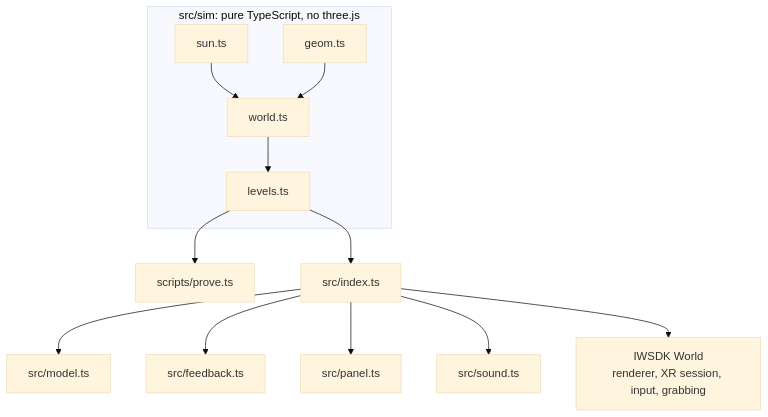
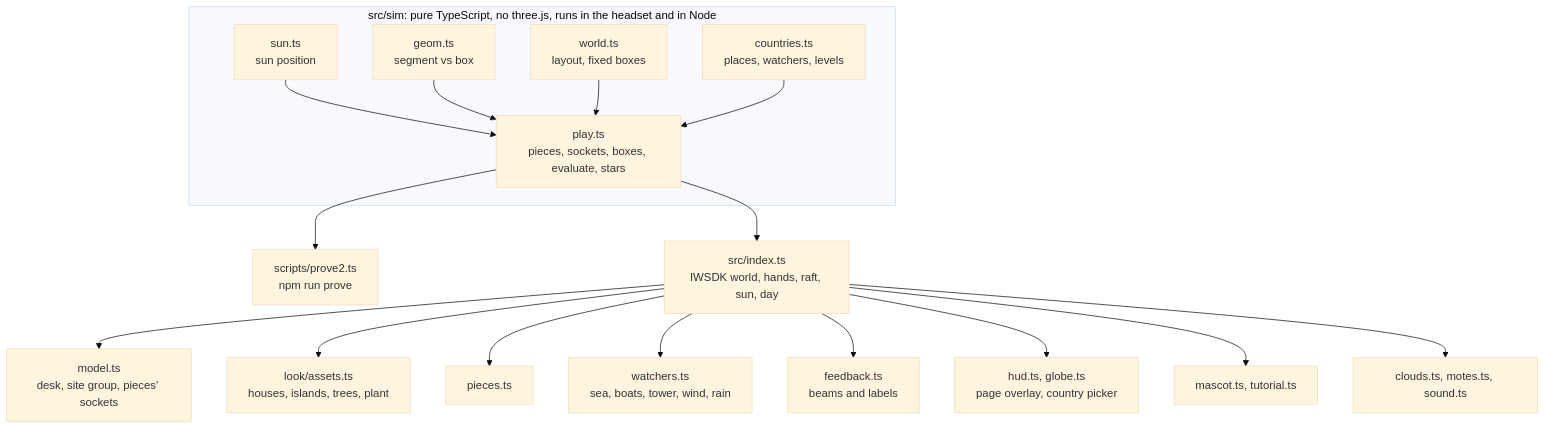
One commit to aljabrialam/valora-vr changed the diagram in docs/ARCHITECTURE.md. Above: the diagram before and after it, drawn with Mermaid (base theme). The commit also changed other lines of this file and 18 other files, not shown here.

````diff
--- a/docs/ARCHITECTURE.md
+++ b/docs/ARCHITECTURE.md
@@ -5,15 +5,19 @@
 ```mermaid
 flowchart TB
-  subgraph Pure["src/sim: pure TypeScript, no three.js"]
-    SUN[sun.ts] --> W[world.ts]
-    G[geom.ts] --> W
-    W --> L[levels.ts]
+  subgraph Pure["src/sim: pure TypeScript, no three.js, runs in the headset and in Node"]
+    SUN[sun.ts<br/>sun position] --> PL[play.ts<br/>pieces, sockets, boxes, evaluate, stars]
+    GEO[geom.ts<br/>segment vs box] --> PL
+    WLD[world.ts<br/>layout, fixed boxes] --> PL
+    CTY[countries.ts<br/>places, watchers, levels] --> PL
   end
-  L --> P[scripts/prove.ts]
-  L --> APP[src/index.ts]
-  APP --> M[src/model.ts]
-  APP --> F[src/feedback.ts]
-  APP --> C[src/panel.ts]
-  APP --> S[src/sound.ts]
-  APP --> IW[IWSDK World<br/>renderer, XR session, input, grabbing]
+  PL --> PROVE[scripts/prove2.ts<br/>npm run prove]
+  PL --> APP[src/index.ts<br/>IWSDK world, hands, raft, sun, day]
+  APP --> MODEL[model.ts<br/>desk, site group, pieces' sockets]
+  APP --> LOOK[look/assets.ts<br/>houses, islands, trees, plant]
+  APP --> PCS[pieces.ts]
+  APP --> WAT[watchers.ts<br/>sea, boats, tower, wind, rain]
+  APP --> FB[feedback.ts<br/>beams and labels]
+  APP --> UI[hud.ts, globe.ts<br/>page overlay, country picker]
+  APP --> TIKI[mascot.ts, tutorial.ts]
+  APP --> AMB[clouds.ts, motes.ts, sound.ts]
 ```
````
